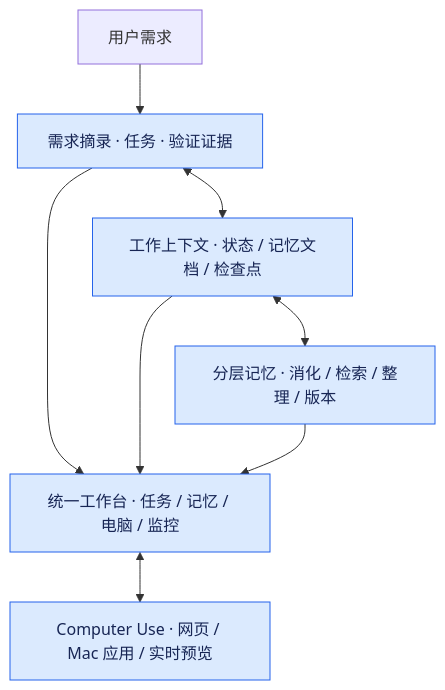
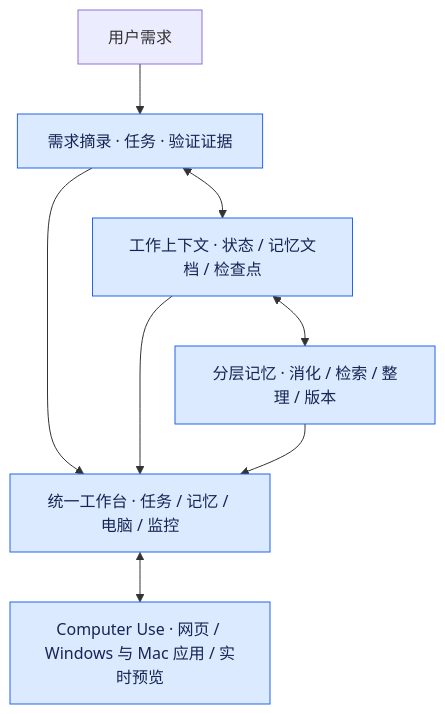
One commit to gulagala001/oh-my-dsh changed the diagram in docs/usage.md. Above: the diagram before and after it, drawn with Mermaid. The commit also changed other lines of this file and 7 other files, not shown here.

````diff
--- a/docs/usage.md
+++ b/docs/usage.md
@@ -288,12 +288,12 @@
 ```mermaid
 flowchart TB
     U[用户需求] --> A[需求摘录 · 任务 · 验证证据]
     A <--> C[工作上下文 · 状态 / 记忆文档 / 检查点]
     C <--> M[分层记忆 · 消化 / 检索 / 整理 / 版本]
     A --> P[统一工作台 · 任务 / 记忆 / 电脑 / 监控]
     C --> P
     M --> P
-    P <--> B[Computer Use · 网页 / Mac 应用 / 实时预览]
+    P <--> B[Computer Use · 网页 / Windows 与 Mac 应用 / 实时预览]
     classDef plugin fill:#dbeafe,stroke:#2563eb,color:#172554
     class A,C,M,P,B plugin
 ```
````
